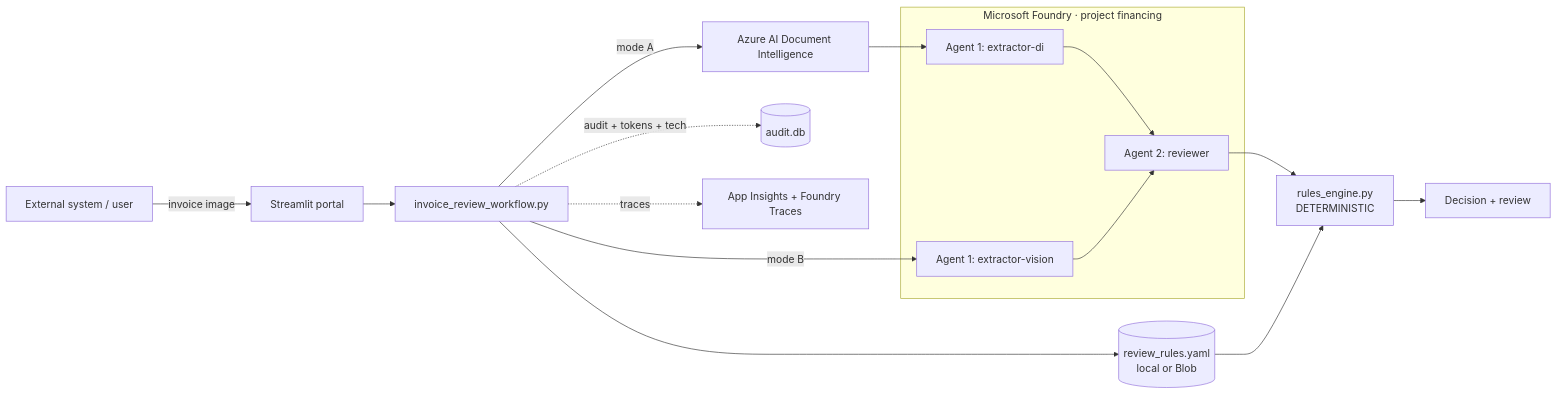
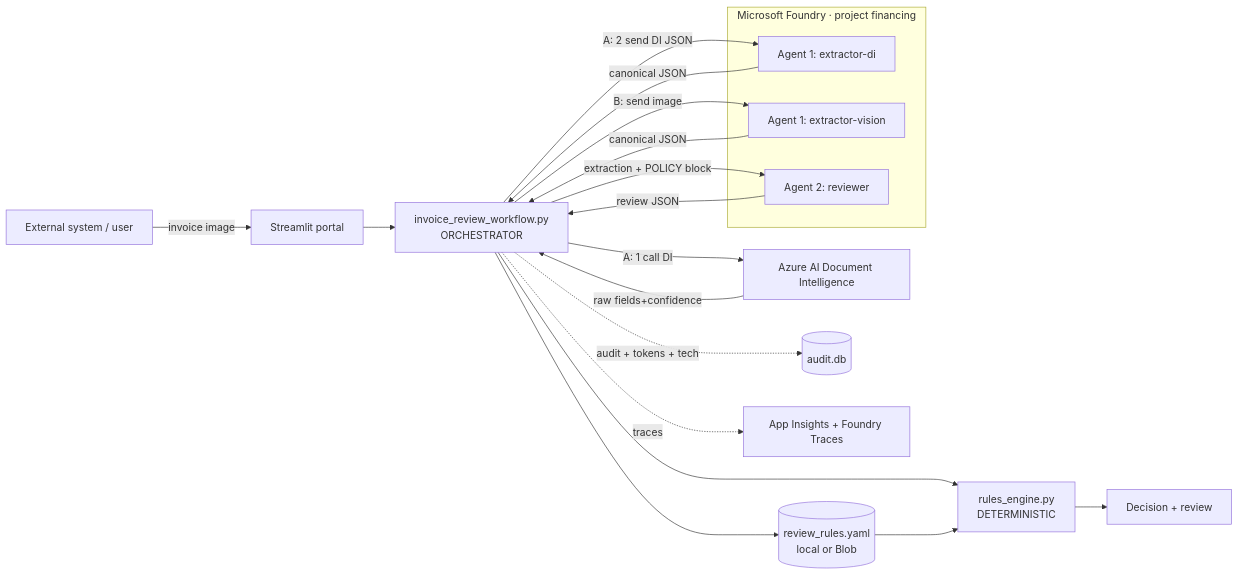
Before and after one commit to sandy-gunawan/FSI_AgentiAI: the first of 2 diagrams in bcafinance/docs/02-architecture-and-flow.md, drawn with Mermaid. The commit also changed other lines of this file and 4 other files, not shown here.

````diff
--- a/bcafinance/docs/02-architecture-and-flow.md
+++ b/bcafinance/docs/02-architecture-and-flow.md
@@ -19,24 +40,27 @@
 ```mermaid
 flowchart LR
     SYS[External system / user] -->|invoice image| UI[Streamlit portal]
-    UI --> WF[invoice_review_workflow.py]
+    UI --> WF[invoice_review_workflow.py<br/>ORCHESTRATOR]
 
-    WF -->|mode A| DI[Azure AI Document Intelligence]
-    DI --> A1A[Agent 1: extractor-di]
-    WF -->|mode B| A1B[Agent 1: extractor-vision]
+    WF -->|A: 1 call DI| DI[Azure AI Document Intelligence]
+    DI -->|raw fields+confidence| WF
+    WF -->|A: 2 send DI JSON| A1A[Agent 1: extractor-di]
+    WF -->|B: send image| A1B[Agent 1: extractor-vision]
+    A1A -->|canonical JSON| WF
+    A1B -->|canonical JSON| WF
 
-    A1A --> A2[Agent 2: reviewer]
-    A1B --> A2
+    WF -->|extraction + POLICY block| A2[Agent 2: reviewer]
+    A2 -->|review JSON| WF
 
     WF --> CFG[(review_rules.yaml<br/>local or Blob)]
-    A2 --> RULES[rules_engine.py<br/>DETERMINISTIC]
+    WF --> RULES[rules_engine.py<br/>DETERMINISTIC]
     CFG --> RULES
     RULES --> OUT[Decision + review]
 
     WF -.audit + tokens + tech.-> GOV[(audit.db)]
     WF -.traces.-> AI[App Insights + Foundry Traces]
 
     subgraph Foundry [Microsoft Foundry · project financing]
       A1A; A1B; A2
     end
 ```
````
